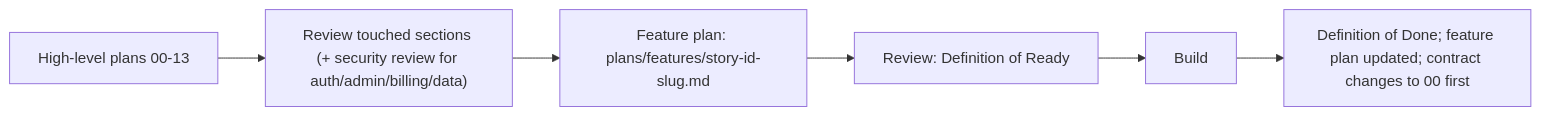
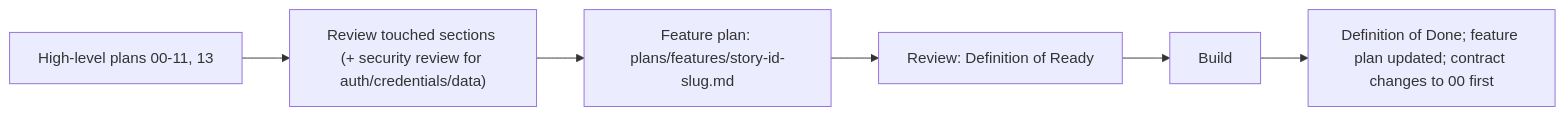
One commit to anglesen1120/NightTalesStudio changed diagram 16 of 17 in DIAGRAMS.md. Above: the diagram before and after it, drawn with Mermaid. The commit also changed other lines of this file and 335 other files, not shown here.

````diff
--- a/DIAGRAMS.md
+++ b/DIAGRAMS.md
@@ -462,8 +416,8 @@
 ```mermaid
 flowchart LR
-  H["High-level plans 00-13"] --> RV["Review touched sections (+ security review for auth/admin/billing/data)"]
+  H["High-level plans 00-11, 13"] --> RV["Review touched sections (+ security review for auth/credentials/data)"]
   RV --> FP["Feature plan: plans/features/story-id-slug.md"]
   FP --> DR["Review: Definition of Ready"]
   DR --> IM["Build"]
   IM --> DD["Definition of Done; feature plan updated; contract changes to 00 first"]
 ```
````
